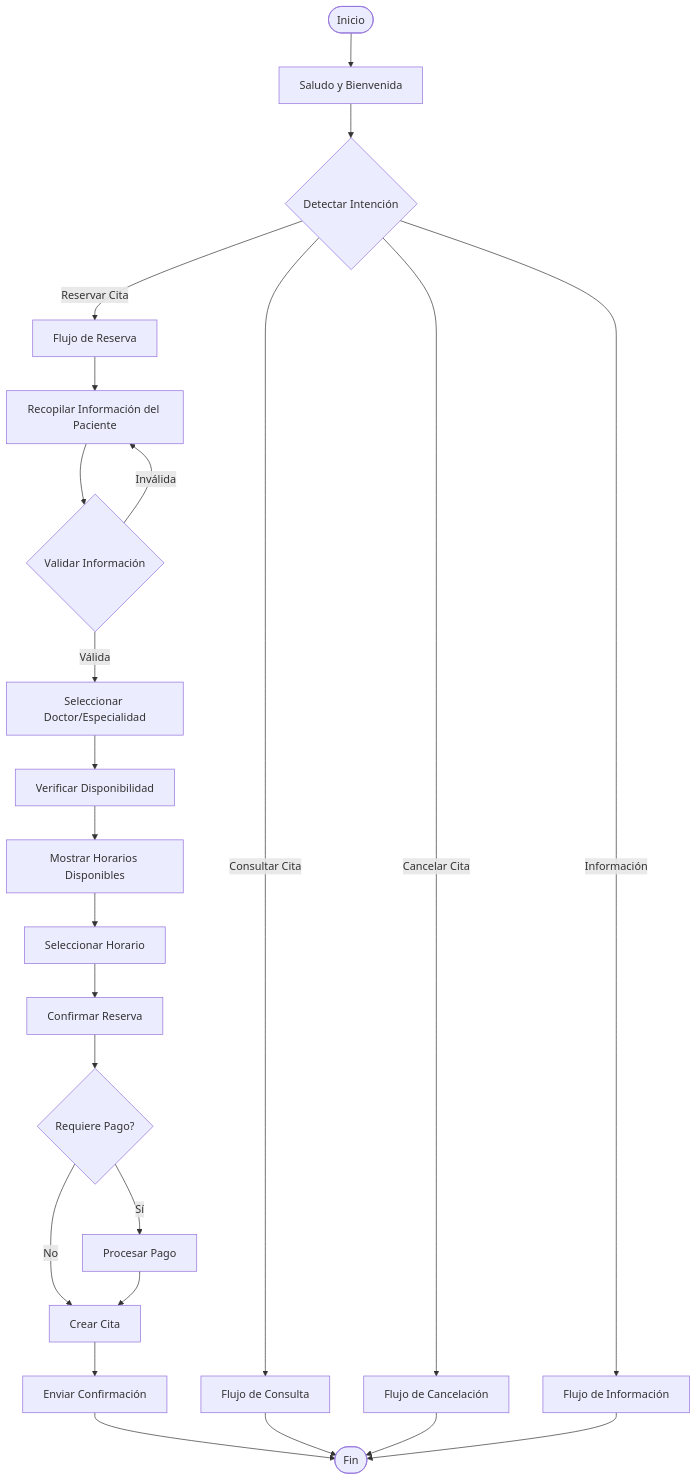
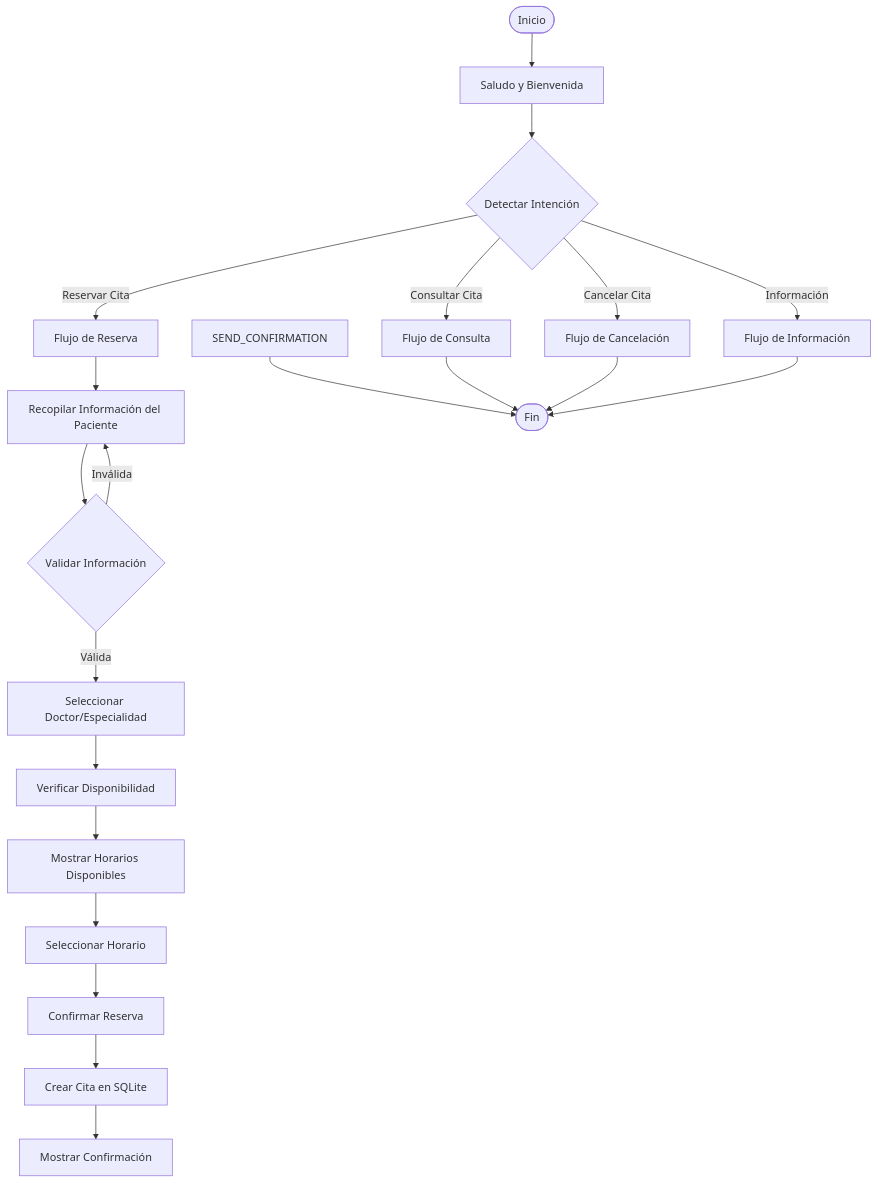
One commit to horacefonseca/ped_ass_chatbot changed the second of 6 diagrams in chatbot_design_document.md. Above: the diagram before and after it, drawn with Mermaid. The commit also changed other lines of this file and 14 other files, not shown here.

````diff
--- a/chatbot_design_document.md
+++ b/chatbot_design_document.md
@@ -119,32 +100,28 @@
 ```mermaid
 flowchart TD
     START([Inicio]) --> WELCOME[Saludo y Bienvenida]
     WELCOME --> INTENT{Detectar Intención}
     
     INTENT -->|Reservar Cita| BOOK_FLOW[Flujo de Reserva]
     INTENT -->|Consultar Cita| QUERY_FLOW[Flujo de Consulta]
     INTENT -->|Cancelar Cita| CANCEL_FLOW[Flujo de Cancelación]
     INTENT -->|Información| INFO_FLOW[Flujo de Información]
     
     BOOK_FLOW --> COLLECT_INFO[Recopilar Información del Paciente]
     COLLECT_INFO --> VALIDATE_INFO{Validar Información}
     VALIDATE_INFO -->|Inválida| COLLECT_INFO
     VALIDATE_INFO -->|Válida| SELECT_DOCTOR[Seleccionar Doctor/Especialidad]
     
     SELECT_DOCTOR --> CHECK_AVAILABILITY[Verificar Disponibilidad]
     CHECK_AVAILABILITY --> SHOW_SLOTS[Mostrar Horarios Disponibles]
     SHOW_SLOTS --> SELECT_TIME[Seleccionar Horario]
     
     SELECT_TIME --> CONFIRM_BOOKING[Confirmar Reserva]
-    CONFIRM_BOOKING --> PAYMENT{Requiere Pago?}
-    PAYMENT -->|Sí| PROCESS_PAYMENT[Procesar Pago]
-    PAYMENT -->|No| CREATE_APPOINTMENT[Crear Cita]
-    
-    PROCESS_PAYMENT --> CREATE_APPOINTMENT
-    CREATE_APPOINTMENT --> SEND_CONFIRMATION[Enviar Confirmación]
+    CONFIRM_BOOKING --> CREATE_APPOINTMENT[Crear Cita en SQLite]
+    CREATE_APPOINTMENT --> SHOW_CONFIRMATION[Mostrar Confirmación]
     SEND_CONFIRMATION --> END([Fin])
     
     QUERY_FLOW --> END
     CANCEL_FLOW --> END
     INFO_FLOW --> END
 ```
````
